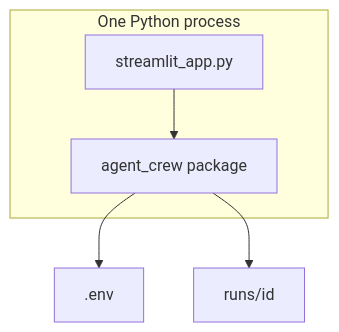
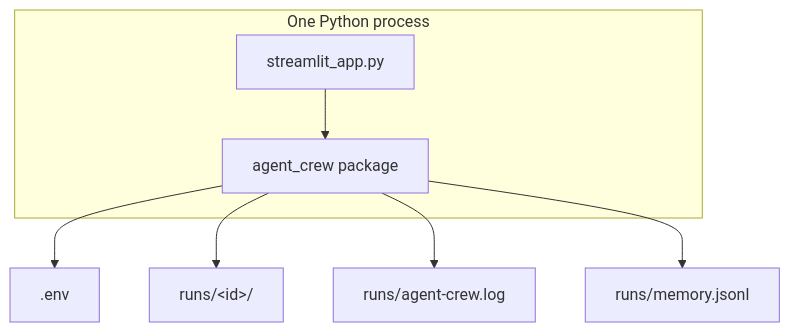
Before and after one commit to pypi-ahmad/autonomous-coding-agent-crew: the second of 5 diagrams in ARCHITECTURE.md, drawn with Mermaid. The commit also changed other lines of this file, not shown here.

````diff
--- a/ARCHITECTURE.md
+++ b/ARCHITECTURE.md
@@ -169,12 +175,16 @@
 ```mermaid
 flowchart TB
   subgraph process [One Python process]
     ST[streamlit_app.py]
     PKG[agent_crew package]
     ST --> PKG
   end
   ENV[.env]
-  RUNS[runs/id]
+  RUNS["runs/&lt;id&gt;/"]
+  LOG[runs/agent-crew.log]
+  MEM[runs/memory.jsonl]
   PKG --> ENV
   PKG --> RUNS
+  PKG --> LOG
+  PKG --> MEM
 ```
````
